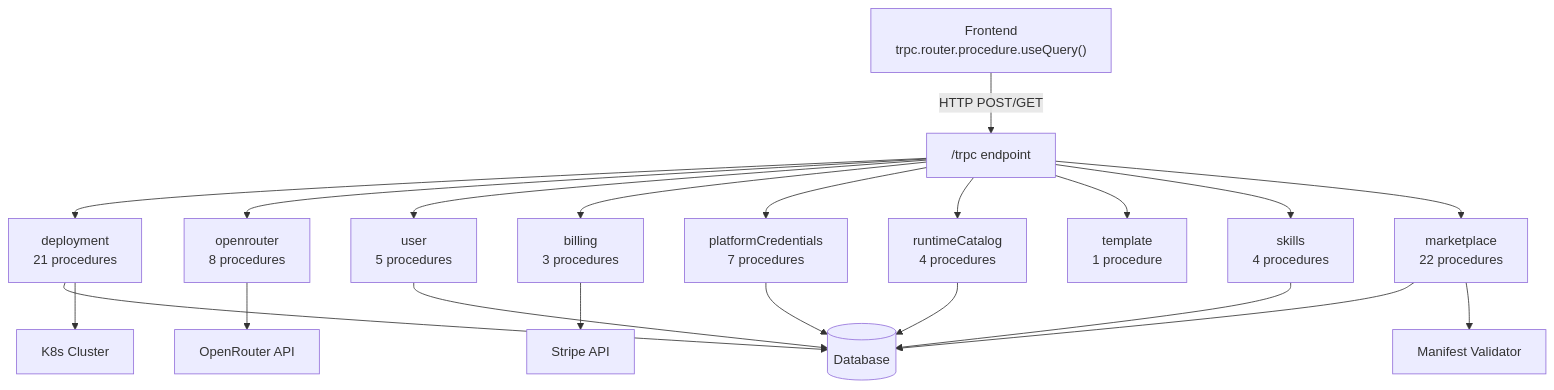
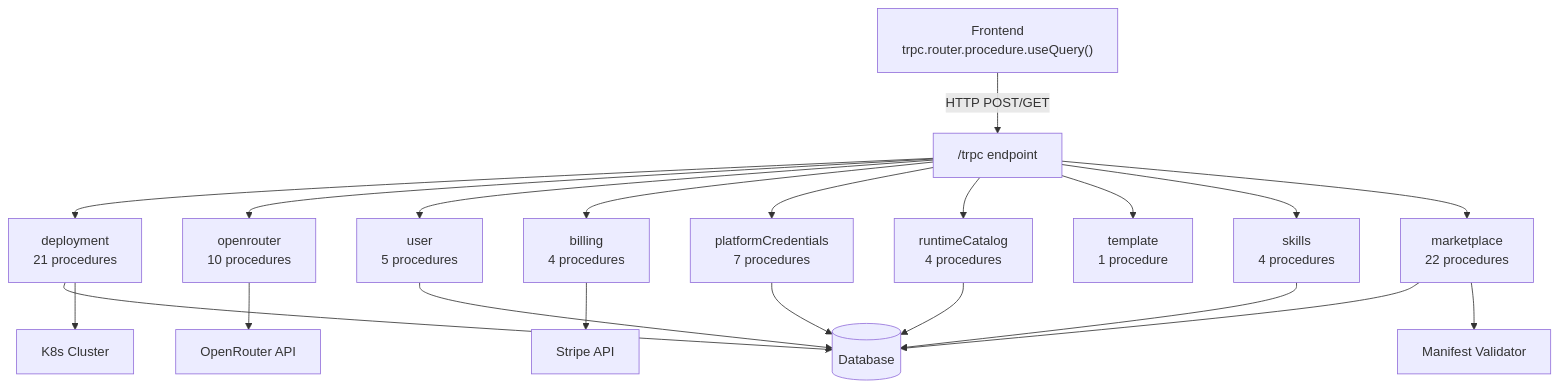
Before and after one commit to Bretthb/jarble: the fourth of 14 diagrams in API-ENDPOINTS.md, drawn with Mermaid. The commit also changed other lines of this file and 15 other files, not shown here.

````diff
--- a/API-ENDPOINTS.md
+++ b/API-ENDPOINTS.md
@@ -157,25 +157,25 @@
 ```mermaid
 graph TD
     CLIENT["Frontend<br/>trpc.router.procedure.useQuery()"] -->|"HTTP POST/GET"| TRPC["/trpc endpoint"]
 
     TRPC --> DEPLOYMENT["deployment<br/>21 procedures"]
-    TRPC --> OPENROUTER["openrouter<br/>8 procedures"]
+    TRPC --> OPENROUTER["openrouter<br/>10 procedures"]
     TRPC --> USER["user<br/>5 procedures"]
-    TRPC --> BILLING["billing<br/>3 procedures"]
+    TRPC --> BILLING["billing<br/>4 procedures"]
     TRPC --> PLATCREDS["platformCredentials<br/>7 procedures"]
     TRPC --> RUNTIME_CAT["runtimeCatalog<br/>4 procedures"]
     TRPC --> TEMPLATE["template<br/>1 procedure"]
     TRPC --> SKILLS["skills<br/>4 procedures"]
     TRPC --> MARKETPLACE["marketplace<br/>22 procedures"]
 
     DEPLOYMENT --> DB[("Database")]
     DEPLOYMENT --> K8S["K8s Cluster"]
     OPENROUTER --> OR_API["OpenRouter API"]
     BILLING --> STRIPE_API["Stripe API"]
     PLATCREDS --> DB
     USER --> DB
     RUNTIME_CAT --> DB
     SKILLS --> DB
     MARKETPLACE --> DB
     MARKETPLACE --> MFVAL["Manifest Validator"]
 ```
````
